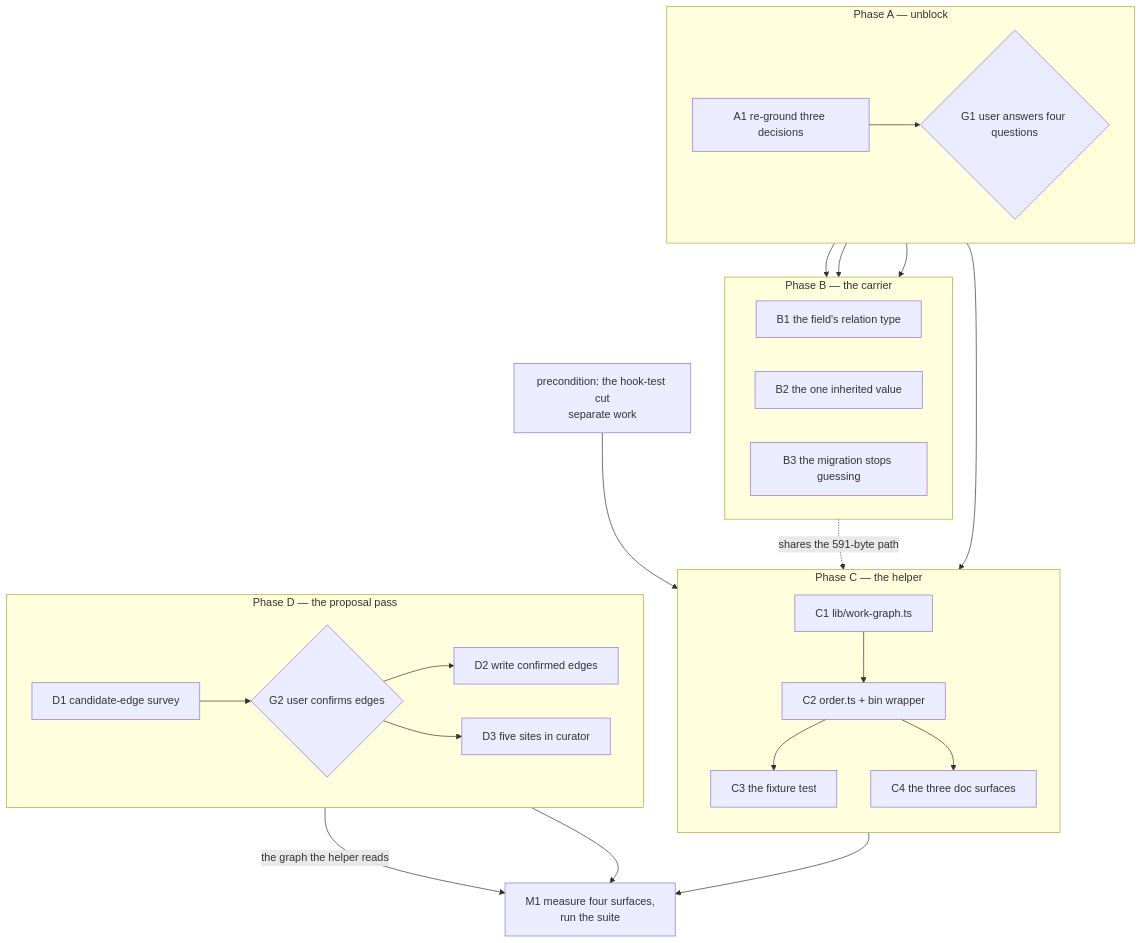
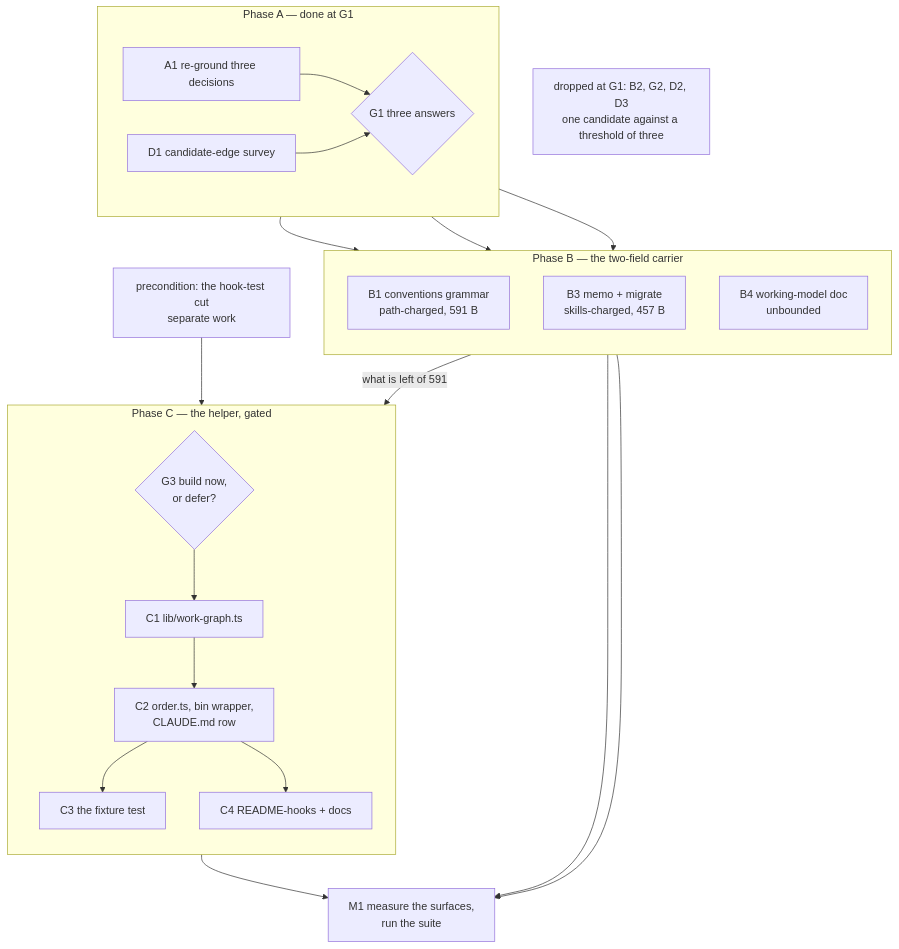
The diagram in fusion-workbench/circles/260908-2018-prerequisites-confirmed-once-order-computed/planning/260911-1833_o_implementation-prerequisites-confirmed-once-order-computed.md (tenzoki/fusion), drawn with Mermaid before and after one commit. The commit also changed other lines of this file and 2 other files, not shown here.

````diff
--- a/fusion-workbench/circles/260908-2018-prerequisites-confirmed-once-order-computed/planning/260911-1833_o_implementation-prerequisites-confirmed-once-order-computed.md
+++ b/fusion-workbench/circles/260908-2018-prerequisites-confirmed-once-order-computed/planning/260911-1833_o_implementation-prerequisites-confirmed-once-order-computed.md
@@ -54,38 +93,34 @@
 ```mermaid
 flowchart TD
-  subgraph unblock["Phase A — unblock"]
+  subgraph done["Phase A — done at G1"]
     direction LR
-    A1["A1 re-ground three decisions"] --> G1{"G1 user answers four questions"}
+    A1["A1 re-ground three decisions"] --> G1{"G1 three answers"}
+    D1["D1 candidate-edge survey"] --> G1
   end
 
-  subgraph carrier["Phase B — the carrier"]
-    direction LR
-    B1["B1 the field's relation type"]
-    B2["B2 the one inherited value"]
-    B3["B3 the migration stops guessing"]
+  subgraph carrier["Phase B — the two-field carrier"]
+    direction TB
+    B1["B1 conventions grammar<br/>path-charged, 591 B"]
+    B3["B3 memo + migrate<br/>skills-charged, 457 B"]
+    B4["B4 working-model doc<br/>unbounded"]
   end
 
-  subgraph compute["Phase C — the helper"]
+  subgraph compute["Phase C — the helper, gated"]
     direction TB
-    C1["C1 lib/work-graph.ts"] --> C2["C2 order.ts + bin wrapper"]
+    G3{"G3 build now,<br/>or defer?"} --> C1["C1 lib/work-graph.ts"]
+    C1 --> C2["C2 order.ts, bin wrapper,<br/>CLAUDE.md row"]
     C2 --> C3["C3 the fixture test"]
-    C2 --> C4["C4 the three doc surfaces"]
-  end
-
-  subgraph propose["Phase D — the proposal pass"]
-    direction LR
-    D1["D1 candidate-edge survey"] --> G2{"G2 user confirms edges"}
-    G2 --> D2["D2 write confirmed edges"]
-    G2 --> D3["D3 five sites in curator"]
+    C2 --> C4["C4 README-hooks + docs"]
   end
 
   G1 --> B1
-  G1 --> B2
   G1 --> B3
-  G1 --> C1
-  B1 -.->|shares the 591-byte path| C4
+  G1 --> B4
+  B1 -->|"what is left of 591"| G3
   cut["precondition: the hook-test cut<br/>separate work"] --> C3
-  D2 -->|the graph the helper reads| M1["M1 measure four surfaces,<br/>run the suite"]
+  B3 --> M1["M1 measure the surfaces,<br/>run the suite"]
+  B4 --> M1
   C4 --> M1
-  D3 --> M1
+
+  dropped["dropped at G1: B2, G2, D2, D3<br/>one candidate against a threshold of three"]
 ```
````
